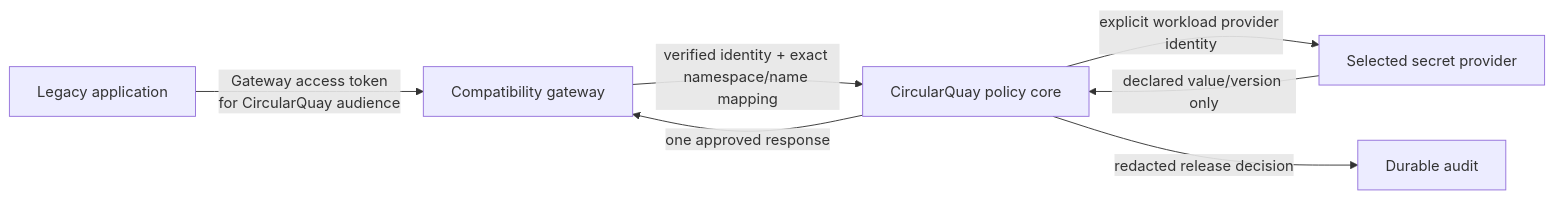
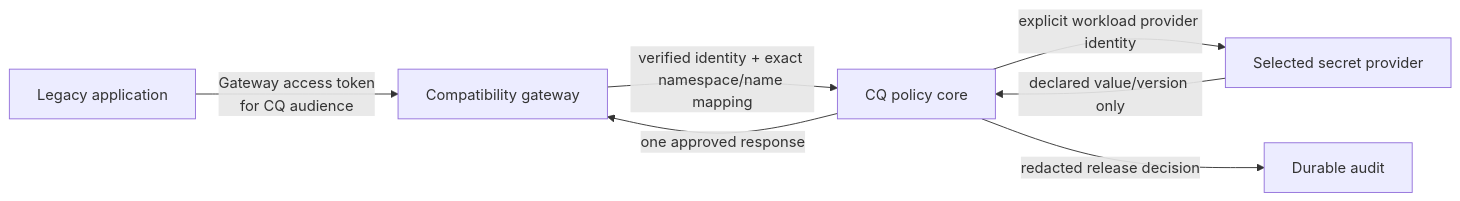
One commit to maldous/CircularQuay changed the diagram in docs/integrations/compatibility-gateway.md. Above: the diagram before and after it, drawn with Mermaid. The commit also changed 162 other files, not shown here.

````diff
--- a/docs/integrations/compatibility-gateway.md
+++ b/docs/integrations/compatibility-gateway.md
@@ -24,9 +24,9 @@
 ```mermaid
 flowchart LR
-    C[Legacy application] -->|Gateway access token<br/>for CircularQuay audience| G[Compatibility gateway]
-    G -->|verified identity + exact namespace/name mapping| P[CircularQuay policy core]
+    C[Legacy application] -->|Gateway access token<br/>for CQ audience| G[Compatibility gateway]
+    G -->|verified identity + exact namespace/name mapping| P[CQ policy core]
     P -->|explicit workload provider identity| S[Selected secret provider]
     P -->|redacted release decision| A[Durable audit]
     S -->|declared value/version only| P
     P -->|one approved response| G
 ```
````
